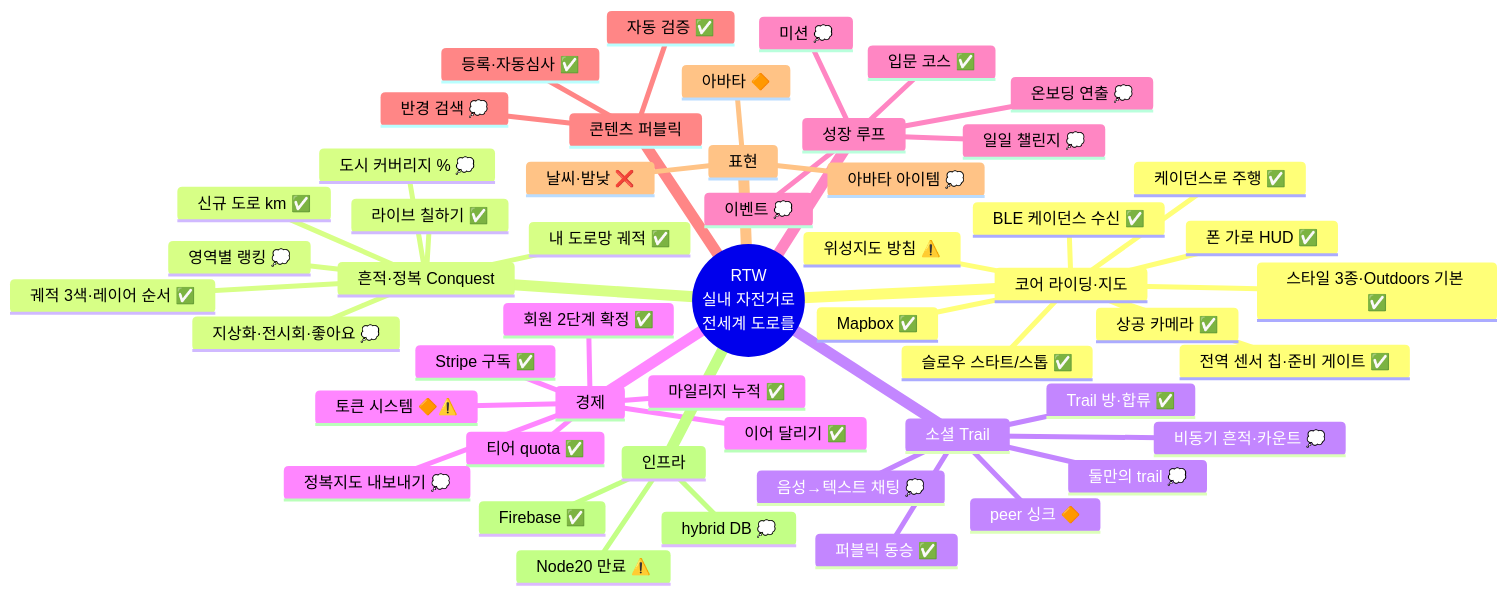
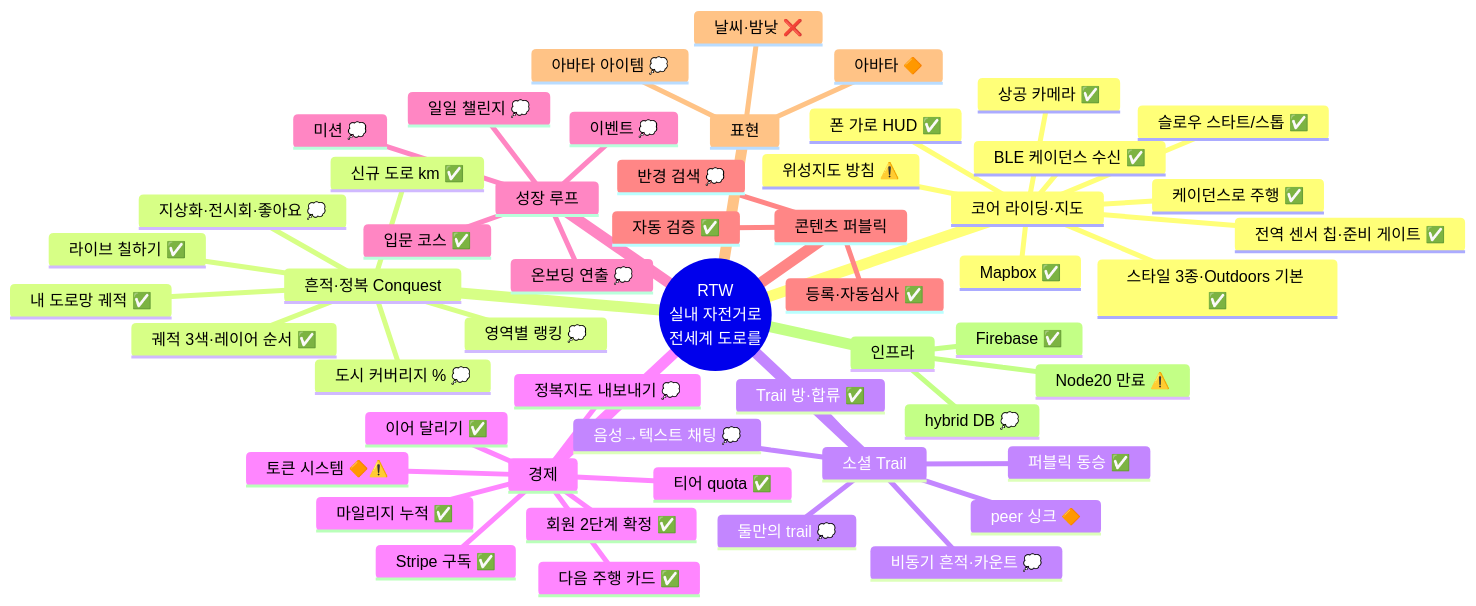
One commit to parkstery/boxcycle changed the diagram in document/260707-RTW-기능-인벤토리-상태보드.md. Above: the diagram before and after it, drawn with Mermaid. The commit also changed other lines of this file and 3 other files, not shown here.

````diff
--- a/document/260707-RTW-기능-인벤토리-상태보드.md
+++ b/document/260707-RTW-기능-인벤토리-상태보드.md
@@ -19,55 +19,56 @@
 ```mermaid
 mindmap
   root((RTW<br/>실내 자전거로<br/>전세계 도로를))
     코어 라이딩·지도
       Mapbox ✅
       스타일 3종·Outdoors 기본 ✅
       상공 카메라 ✅
       폰 가로 HUD ✅
       위성지도 방침 ⚠️
       슬로우 스타트/스톱 ✅
       BLE 케이던스 수신 ✅
       케이던스로 주행 ✅
       전역 센서 칩·준비 게이트 ✅
     흔적·정복 Conquest
       내 도로망 궤적 ✅
       궤적 3색·레이어 순서 ✅
       신규 도로 km ✅
       라이브 칠하기 ✅
       도시 커버리지 % 💭
       지상화·전시회·좋아요 💭
       영역별 랭킹 💭
     소셜 Trail
       Trail 방·합류 ✅
       퍼블릭 동승 ✅
       peer 싱크 🔶
       비동기 흔적·카운트 💭
       둘만의 trail 💭
       음성→텍스트 채팅 💭
     경제
       티어 quota ✅
       이어 달리기 ✅
+      다음 주행 카드 ✅
       Stripe 구독 ✅
       마일리지 누적 ✅
       토큰 시스템 🔶⚠️
       회원 2단계 확정 ✅
       정복지도 내보내기 💭
     성장 루프
       입문 코스 ✅
       온보딩 연출 💭
       미션 💭
       이벤트 💭
       일일 챌린지 💭
     콘텐츠 퍼블릭
       등록·자동심사 ✅
       자동 검증 ✅
       반경 검색 💭
     표현
       날씨·밤낮 ❌
       아바타 🔶
       아바타 아이템 💭
     인프라
       Firebase ✅
       hybrid DB 💭
       Node20 만료 ⚠️
 ```
````
